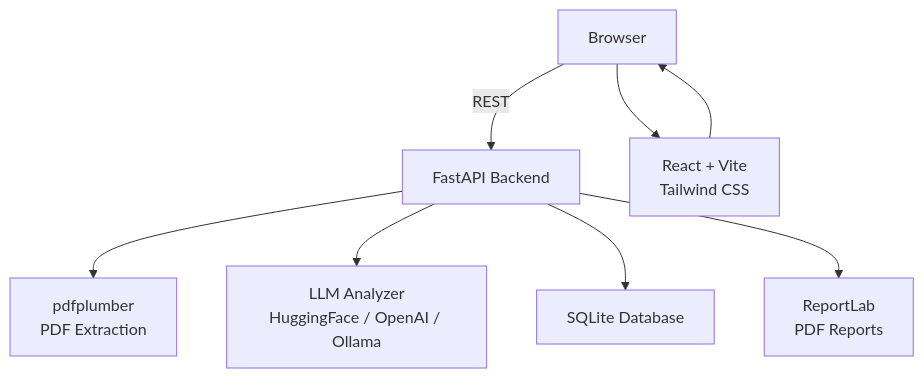
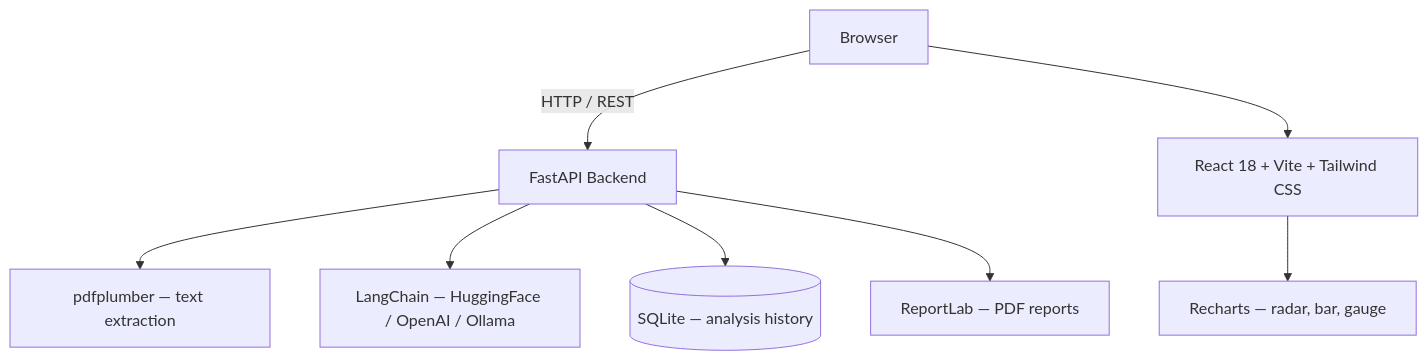
One commit to punyamodi/catalogiq changed the diagram in README.md. Above: the diagram before and after it, drawn with Mermaid. The commit also changed other lines of this file and 1 other file, not shown here.

````diff
--- a/README.md
+++ b/README.md
@@ -43,10 +91,10 @@
 ```mermaid
 graph TD
-    A[Browser] -->|REST| B[FastAPI Backend]
-    B --> C[pdfplumber\nPDF Extraction]
-    B --> D[LLM Analyzer\nHuggingFace / OpenAI / Ollama]
-    B --> E[SQLite Database]
-    B --> F[ReportLab\nPDF Reports]
-    A --> G[React + Vite\nTailwind CSS]
-    G --> A
+    Browser -->|HTTP / REST| API[FastAPI Backend]
+    API --> PDF[pdfplumber — text extraction]
+    API --> LLM[LangChain — HuggingFace / OpenAI / Ollama]
+    API --> DB[(SQLite — analysis history)]
+    API --> Report[ReportLab — PDF reports]
+    Browser --> UI[React 18 + Vite + Tailwind CSS]
+    UI --> Charts[Recharts — radar, bar, gauge]
 ```
````
